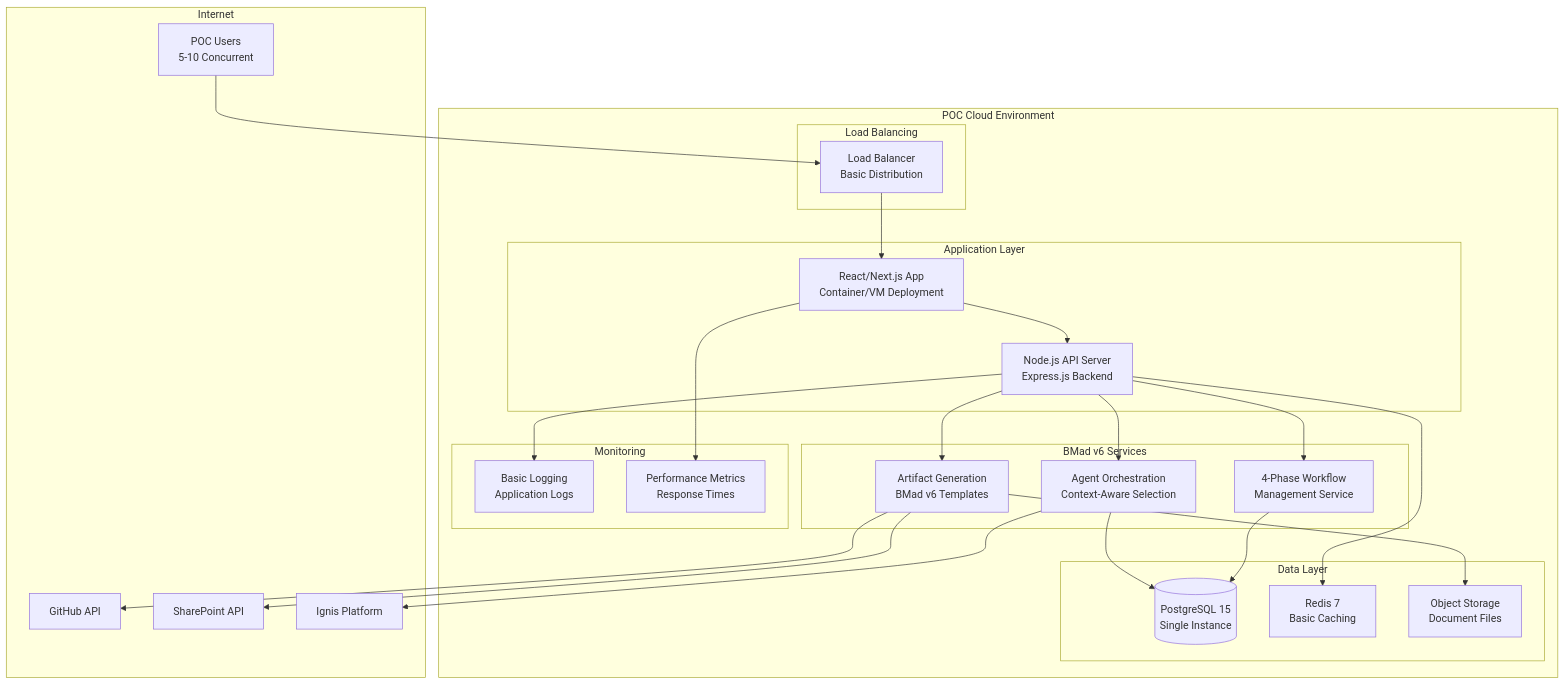
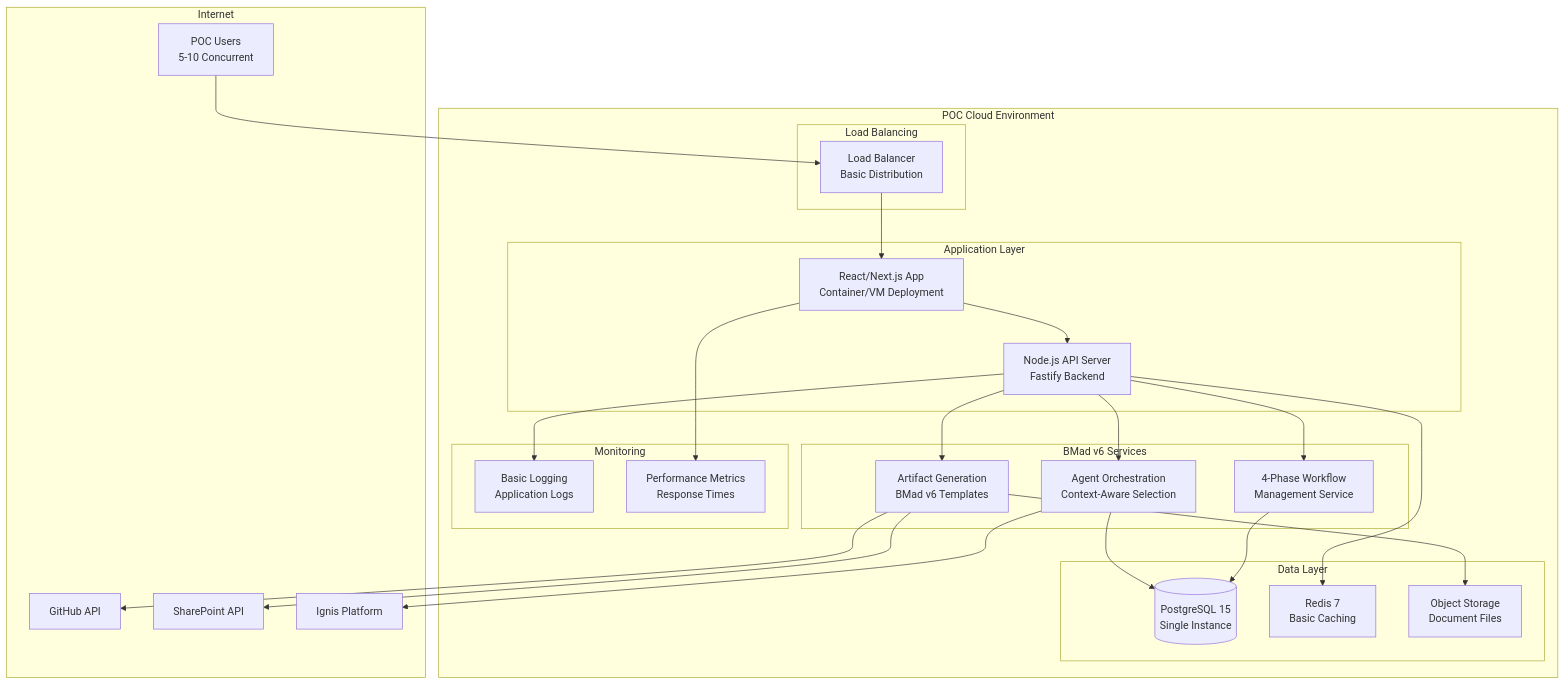
One commit to Ig-Saad/bmad-test-repo-003 changed the third of 18 diagrams in docs/architecture.md. Above: the diagram before and after it, drawn with Mermaid. The commit also changed other lines of this file and 28 other files, not shown here.

````diff
--- a/docs/architecture.md
+++ b/docs/architecture.md
@@ -342,56 +353,56 @@
 ```mermaid
 graph TB
     subgraph "Internet"
         POCUSERS[POC Users<br/>5-10 Concurrent]
         POCGITHUB[GitHub API]
         POCSHAREPOINT[SharePoint API]
         POCIGNIS[Ignis Platform]
     end
 
     subgraph "POC Cloud Environment"
         subgraph "Load Balancing"
             POCLB[Load Balancer<br/>Basic Distribution]
         end
 
         subgraph "Application Layer"
             POCFRONTEND[React/Next.js App<br/>Container/VM Deployment]
-            POCAPI[Node.js API Server<br/>Express.js Backend]
+            POCAPI[Node.js API Server<br/>Fastify Backend]
         end
 
         subgraph "BMad v6 Services"
             POCAGENT[Agent Orchestration<br/>Context-Aware Selection]
             POCWORKFLOW[4-Phase Workflow<br/>Management Service]
             POCARTIFACT[Artifact Generation<br/>BMad v6 Templates]
         end
 
         subgraph "Data Layer"
             POCDB[(PostgreSQL 15<br/>Single Instance)]
             POCREDIS[Redis 7<br/>Basic Caching]
             POCSTORAGE[Object Storage<br/>Document Files]
         end
 
         subgraph "Monitoring"
             POCLOG[Basic Logging<br/>Application Logs]
             POCMETRICS[Performance Metrics<br/>Response Times]
         end
     end
 
     POCUSERS --> POCLB
     POCLB --> POCFRONTEND
     POCFRONTEND --> POCAPI
     POCAPI --> POCAGENT
     POCAPI --> POCWORKFLOW
     POCAPI --> POCARTIFACT
 
     POCAGENT --> POCDB
     POCWORKFLOW --> POCDB
     POCARTIFACT --> POCSTORAGE
     POCAPI --> POCREDIS
 
     POCARTIFACT --> POCGITHUB
     POCARTIFACT --> POCSHAREPOINT
     POCAGENT --> POCIGNIS
 
     POCAPI --> POCLOG
     POCFRONTEND --> POCMETRICS
 ```
````
